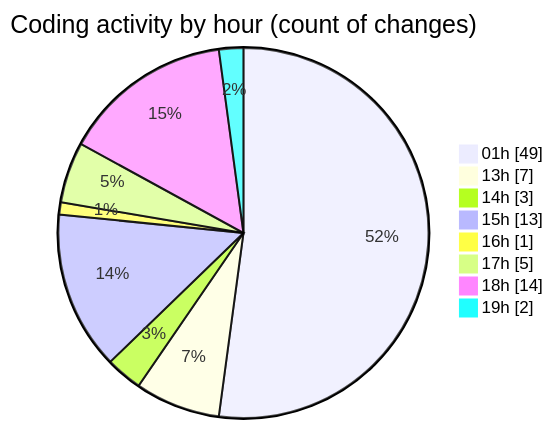
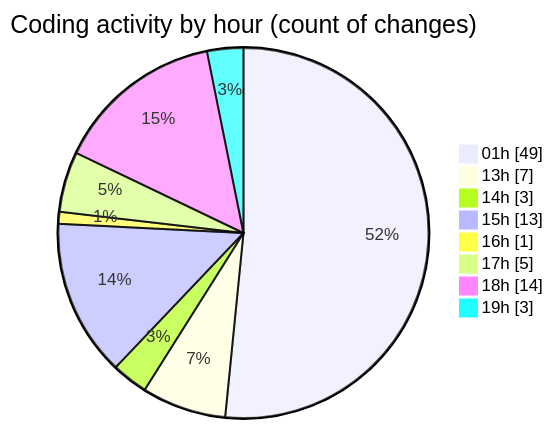
The second of 2 diagrams in 2025-09-02/quanlylink/README.md (lephambinh05/code-tracking), drawn with Mermaid before and after one commit. The commit also changed other lines of this file and 1 other file, not shown here.

````diff
--- a/2025-09-02/quanlylink/README.md
+++ b/2025-09-02/quanlylink/README.md
@@ -63,12 +63,12 @@
 ```mermaid
 pie showData
 title Coding activity by hour (count of changes)
 "01h" : 49
 "13h" : 7
 "14h" : 3
 "15h" : 13
 "16h" : 1
 "17h" : 5
 "18h" : 14
-"19h" : 2
+"19h" : 3
 ```
````
